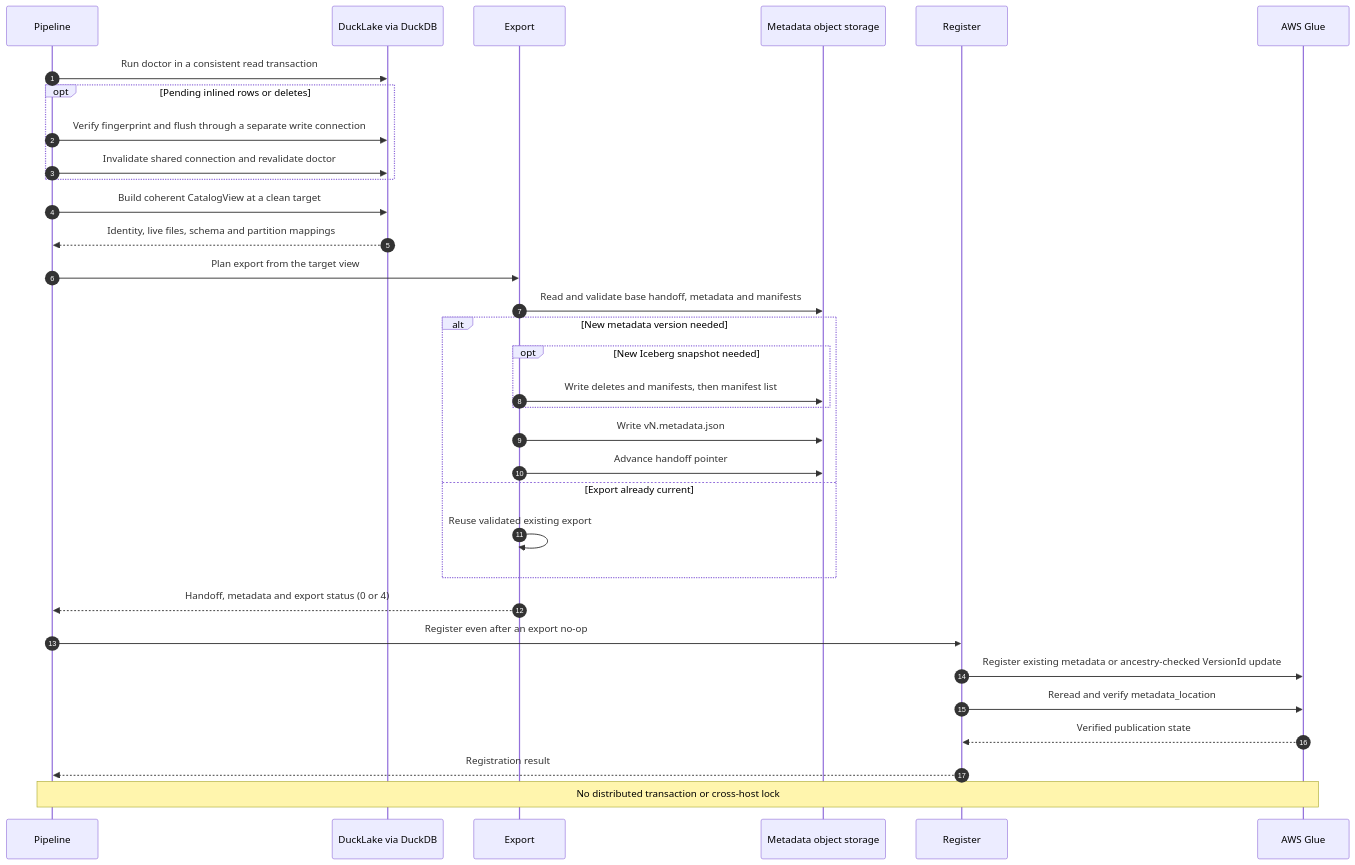
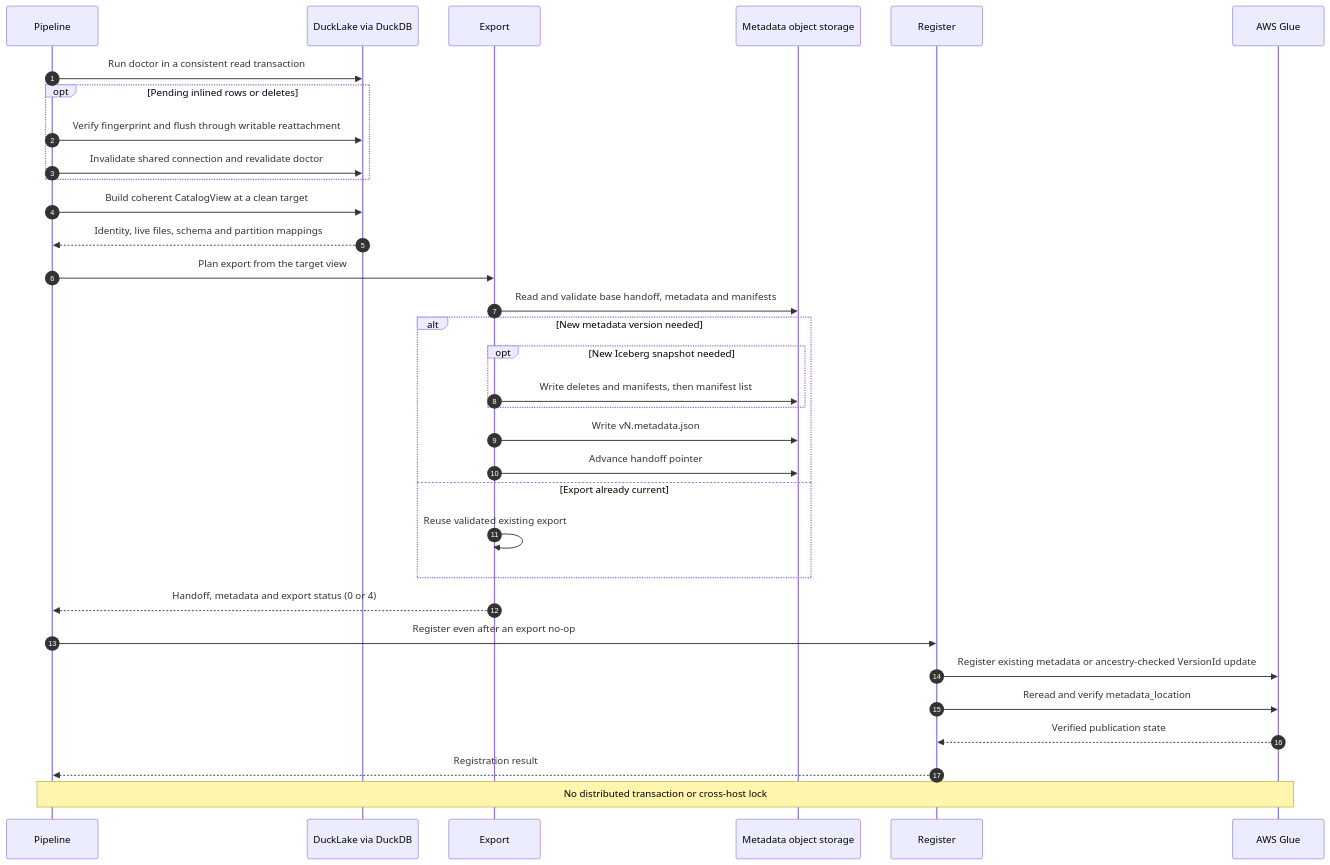
Before and after one commit to Didone/ducklake-iceberg: the second of 4 diagrams in docs/architecture.md, drawn with Mermaid. The commit also changed 28 other files, not shown here.

````diff
--- a/docs/architecture.md
+++ b/docs/architecture.md
@@ -51,36 +51,36 @@
 ```mermaid
 sequenceDiagram
     autonumber
     participant P as Pipeline
     participant S as DuckLake via DuckDB
     participant E as Export
     participant O as Metadata object storage
     participant R as Register
     participant G as AWS Glue
 
     P->>S: Run doctor in a consistent read transaction
     opt Pending inlined rows or deletes
-        P->>S: Verify fingerprint and flush through a separate write connection
+        P->>S: Verify fingerprint and flush through writable reattachment
         P->>S: Invalidate shared connection and revalidate doctor
     end
     P->>S: Build coherent CatalogView at a clean target
     S-->>P: Identity, live files, schema and partition mappings
     P->>E: Plan export from the target view
     E->>O: Read and validate base handoff, metadata and manifests
     alt New metadata version needed
         opt New Iceberg snapshot needed
             E->>O: Write deletes and manifests, then manifest list
         end
         E->>O: Write vN.metadata.json
         E->>O: Advance handoff pointer
     else Export already current
         E->>E: Reuse validated existing export
     end
     E-->>P: Handoff, metadata and export status (0 or 4)
     P->>R: Register even after an export no-op
     R->>G: Register existing metadata or ancestry-checked VersionId update
     R->>G: Reread and verify metadata_location
     G-->>R: Verified publication state
     R-->>P: Registration result
     Note over P,G: No distributed transaction or cross-host lock
 ```
````
